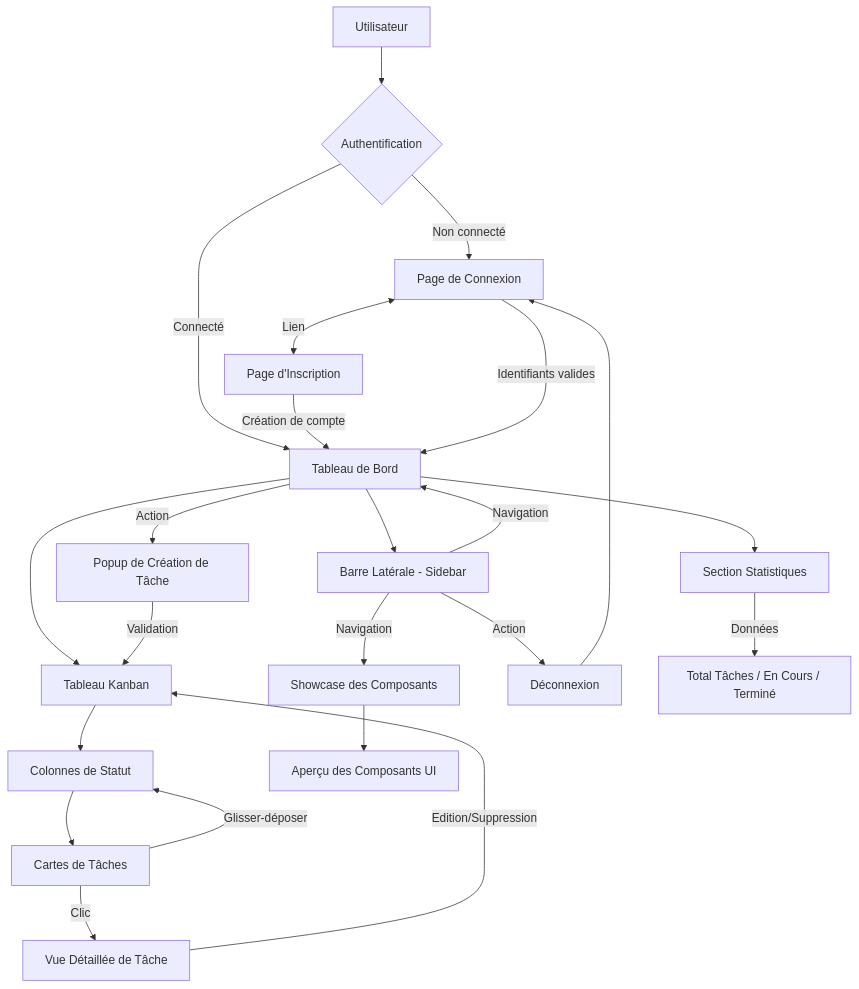
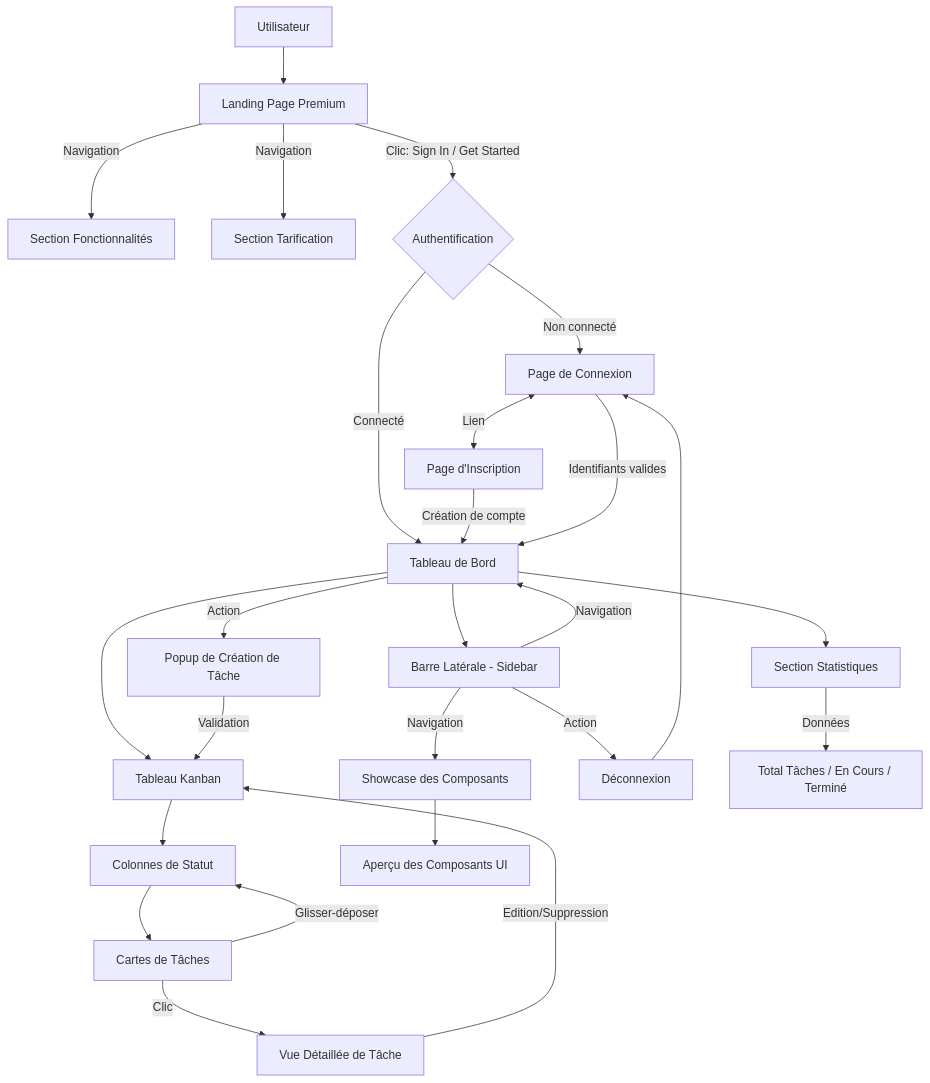
Before and after one commit to AkramMoussaoui/taskflow-front: the diagram in diagramme_fonctionnel.md, drawn with Mermaid. The commit also changed 14 other files, not shown here.

Commit message:
feat: Implement a comprehensive landing page including hero, features, testimonials, pricing, and CTA sections.

````diff
--- a/diagramme_fonctionnel.md
+++ b/diagramme_fonctionnel.md
@@ -10,33 +10,37 @@
 ```mermaid
 graph TD
-    A[Utilisateur] --> B{Authentification}
+    User[Utilisateur] --> LP[Landing Page Premium]
+    LP -->|Navigation| Features[Section Fonctionnalités]
+    LP -->|Navigation| Pricing[Section Tarification]
+    LP -->|Clic: Sign In / Get Started| B{Authentification}
+    
     B -->|Non connecté| C[Page de Connexion]
     B -->|Connecté| D[Tableau de Bord]
     
     C <-->|Lien| Signup[Page d'Inscription]
     Signup -->|Création de compte| D
     
     C -->|Identifiants valides| D
     
     D --> E[Barre Latérale - Sidebar]
     D --> F[Section Statistiques]
     D --> G[Tableau Kanban]
     D -->|Action| CT[Popup de Création de Tâche]
     CT -->|Validation| G
     
     E -->|Navigation| D
     E -->|Navigation| H[Showcase des Composants]
     E -->|Action| I[Déconnexion]
     
     F -->|Données| J[Total Tâches / En Cours / Terminé]
     
     G --> K[Colonnes de Statut]
     K --> L[Cartes de Tâches]
     L -->|Glisser-déposer| K
     L -->|Clic| DV[Vue Détaillée de Tâche]
     DV -->|Edition/Suppression| G
     
     H --> M[Aperçu des Composants UI]
     
     I --> C
 ```
````
